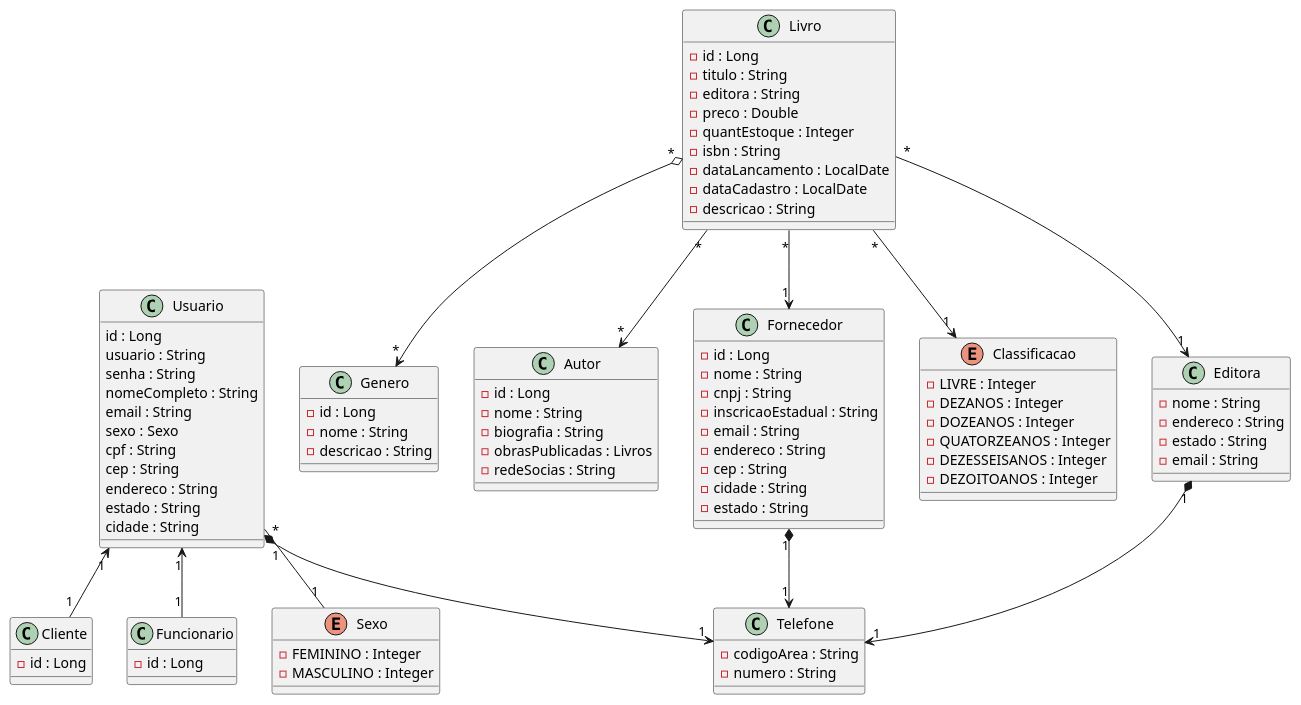
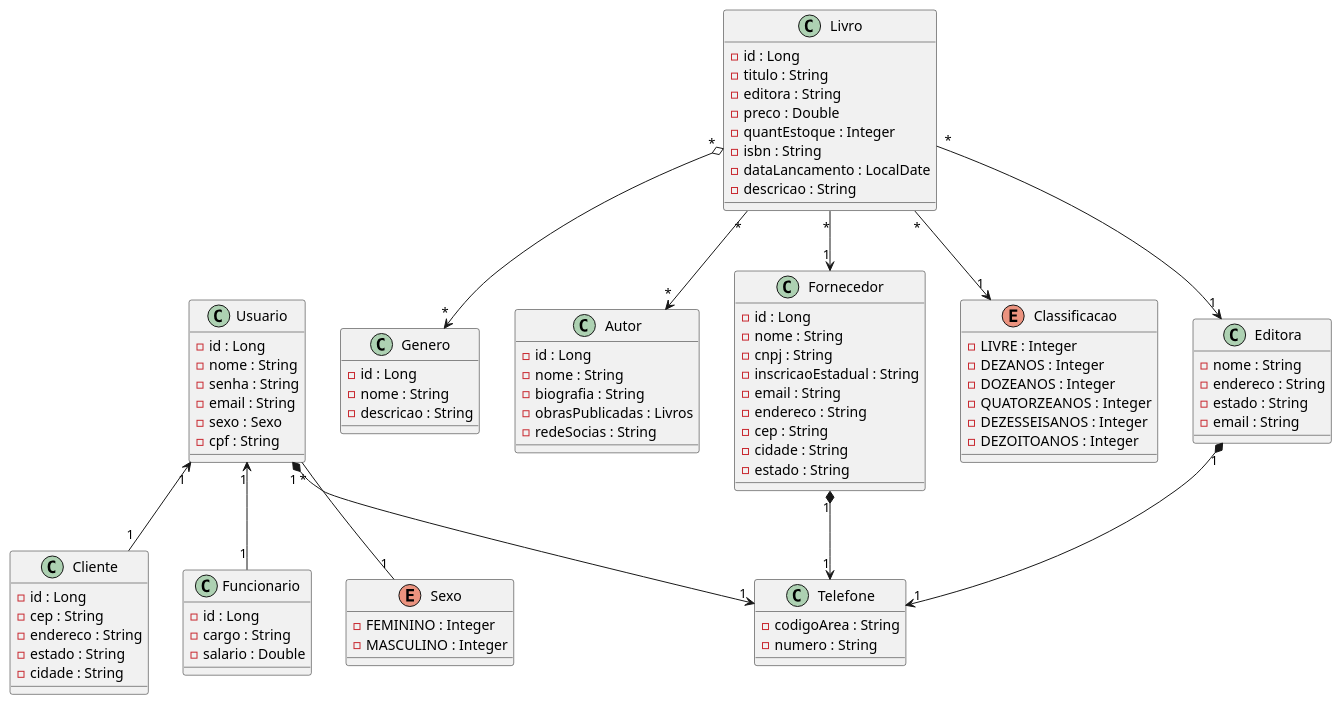
One commit to KethelenParra/livros-quarkus-tp1 changed the diagram in uml.plantuml. Above: the diagram before and after it, drawn with PlantUML.

Commit message:
Update uml

```diff
--- a/uml.plantuml
+++ b/uml.plantuml
@@ -1,105 +1,105 @@
 @startuml
 
 class Usuario {
-  id : Long
-  usuario : String
-  senha : String
-  nomeCompleto : String
-  email : String
-  sexo : Sexo
-  cpf : String
-  cep : String
-  endereco : String
-  estado : String
-  cidade : String
+  - id : Long
+  - nome : String
+  - senha : String
+  - email : String
+  - sexo : Sexo
+  - cpf : String
   
 }
 
 class Cliente{
   - id : Long 
+  - cep : String
+  - endereco : String
+  - estado : String
+  - cidade : String
 }
 
 
 class Funcionario {
  - id : Long
+ - cargo : String
+ - salario : Double
 }
 
 enum Sexo{
  - FEMININO : Integer
  - MASCULINO : Integer
 }
 
 class Livro {
  - id : Long
  - titulo : String
  - editora : String
  - preco : Double
  - quantEstoque : Integer
  - isbn : String
  - dataLancamento : LocalDate
- - dataCadastro : LocalDate
  - descricao : String
 }
 
 class Genero{
  - id : Long
  - nome : String
  - descricao : String
 }
 
 class Autor{
  - id : Long
  - nome : String
  - biografia : String
  - obrasPublicadas : Livros
  - redeSocias : String
 }
 
 class Fornecedor{
  - id : Long
  - nome : String
  - cnpj : String
  - inscricaoEstadual : String
  - email : String
  - endereco : String
  - cep : String
  - cidade : String
  - estado : String
 }
 
 enum Classificacao{
   - LIVRE : Integer 
   - DEZANOS : Integer
   - DOZEANOS : Integer
   - QUATORZEANOS : Integer
   - DEZESSEISANOS : Integer
   - DEZOITOANOS : Integer
 }
 
 class Editora {
  - nome : String
  - endereco : String
  - estado : String
  - email : String
 }
 
 class Telefone{
  - codigoArea : String
  - numero : String
 }
 
 Usuario "1" <-- "1" Cliente
 Usuario "1" <-- "1" Funcionario
 Usuario "*" -- "1" Sexo
 Usuario "1" *--> "1" Telefone
 
 Livro "*" o--> "*" Genero
 Livro "*" --> "*" Autor
 Livro "*" --> "1" Fornecedor 
 Livro "*" --> "1" Editora
 Livro "*" --> "1" Classificacao
 
 Editora "1" *--> "1" Telefone
 Fornecedor "1" *--> "1" Telefone
 
 @enduml
```
